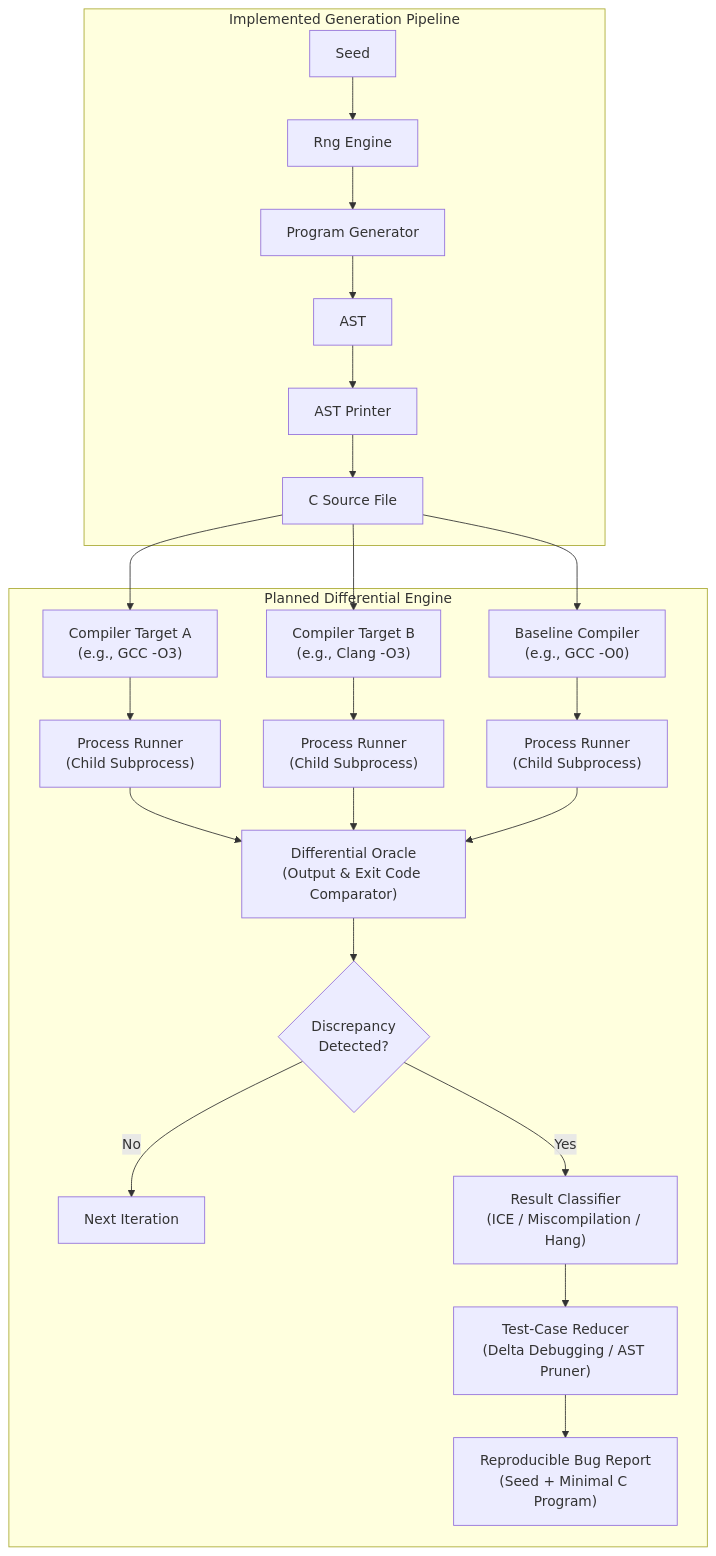
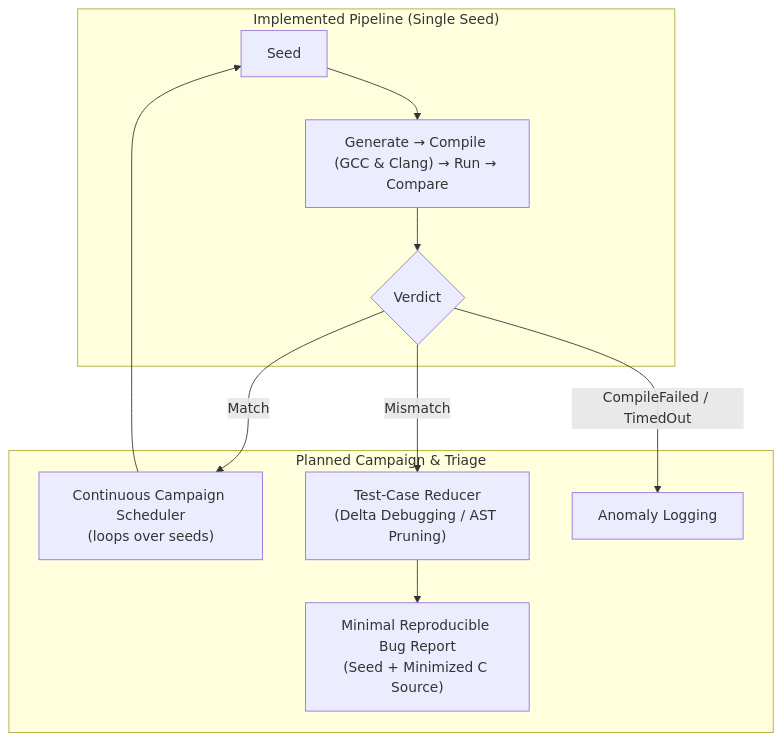
One commit to slash-init/COracle changed the second of 2 diagrams in README.md. Above: the diagram before and after it, drawn with Mermaid. The commit also changed other lines of this file, not shown here.

Commit message:
docs: update README with compiler runner, differential oracle, and CLI

````diff
--- a/README.md
+++ b/README.md
@@ -76,30 +82,15 @@
 ```mermaid
 flowchart TD
-    subgraph CurrentGeneration["Implemented Generation Pipeline"]
-        SeedIn["Seed"] --> PRNG["Rng Engine"]
-        PRNG --> GenMod["Program Generator"]
-        GenMod --> ASTMod["AST"]
-        ASTMod --> PrintMod["AST Printer"]
-        PrintMod --> SourceCode["C Source File"]
+    subgraph Implemented["Implemented Pipeline (Single Seed)"]
+        Seed["Seed"] --> Core["Generate → Compile (GCC & Clang) → Run → Compare"]
+        Core --> Verdict{"Verdict"}
     end
 
-    subgraph PlannedDifferential["Planned Differential Engine"]
-        SourceCode --> CompA["Compiler Target A\n(e.g., GCC -O3)"]
-        SourceCode --> CompB["Compiler Target B\n(e.g., Clang -O3)"]
-        SourceCode --> CompBase["Baseline Compiler\n(e.g., GCC -O0)"]
-
-        CompA --> RunA["Process Runner\n(Child Subprocess)"]
-        CompB --> RunB["Process Runner\n(Child Subprocess)"]
-        CompBase --> RunBase["Process Runner\n(Child Subprocess)"]
-
-        RunA --> Oracle["Differential Oracle\n(Output & Exit Code Comparator)"]
-        RunB --> Oracle
-        RunBase --> Oracle
-
-        Oracle --> Decision{"Discrepancy\nDetected?"}
-        Decision -->|"No"| NextTest["Next Iteration"]
-        Decision -->|"Yes"| Classifier["Result Classifier\n(ICE / Miscompilation / Hang)"]
-        Classifier --> Reducer["Test-Case Reducer\n(Delta Debugging / AST Pruner)"]
-        Reducer --> Report["Reproducible Bug Report\n(Seed + Minimal C Program)"]
+    subgraph Planned["Planned Campaign & Triage"]
+        Campaign["Continuous Campaign Scheduler\n(loops over seeds)"] --> Seed
+        Verdict -->|"Match"| Campaign
+        Verdict -->|"Mismatch"| Reducer["Test-Case Reducer\n(Delta Debugging / AST Pruning)"]
+        Verdict -->|"CompileFailed / TimedOut"| TriageLog["Anomaly Logging"]
+        Reducer --> BugReport["Minimal Reproducible Bug Report\n(Seed + Minimized C Source)"]
     end
 ```
````
